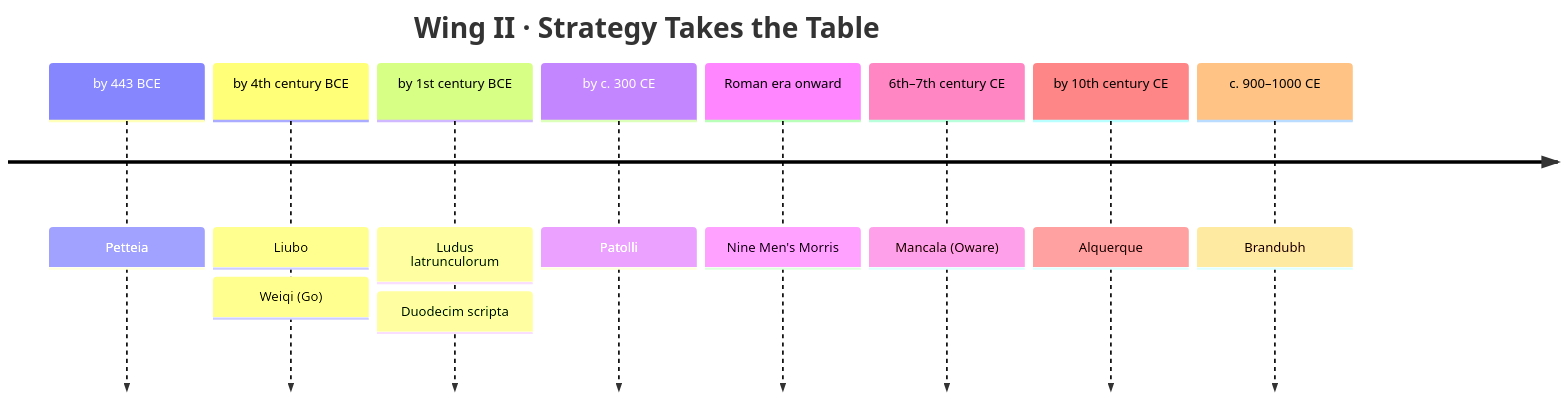
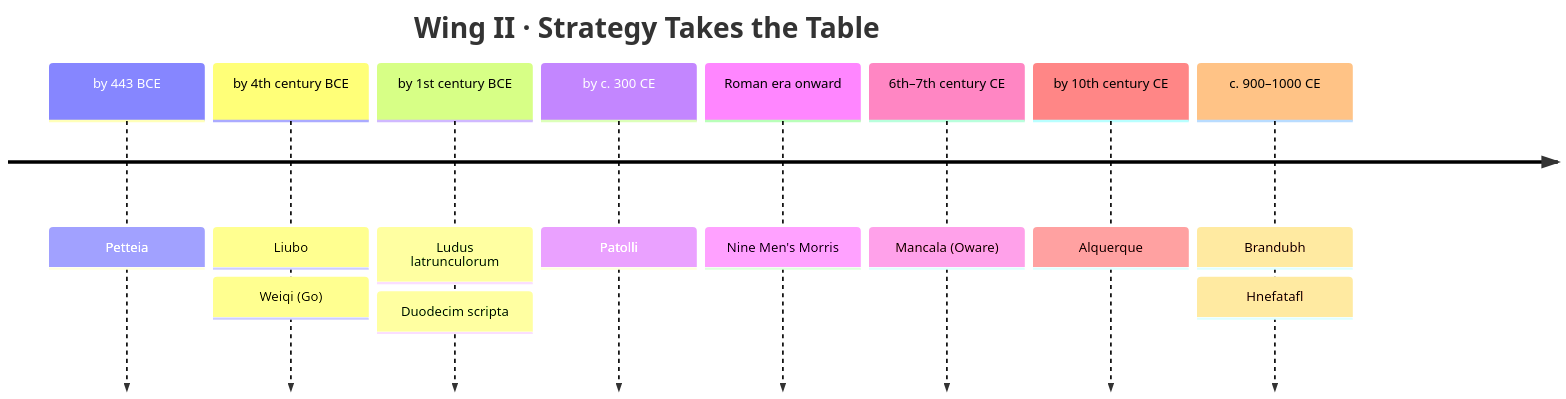
Before and after one commit to CptNope/Librarium-Archives: the fourth of 8 diagrams in docs/exhibits.md, drawn with Mermaid. The commit also changed other lines of this file and 16 other files, not shown here.

````diff
--- a/docs/exhibits.md
+++ b/docs/exhibits.md
@@ -68,12 +68,12 @@
 ```mermaid
 timeline
     title Wing II · Strategy Takes the Table
     by 443 BCE : Petteia
     by 4th century BCE : Liubo : Weiqi (Go)
     by 1st century BCE : Ludus latrunculorum : Duodecim scripta
     by c. 300 CE : Patolli
     Roman era onward : Nine Men's Morris
     6th–7th century CE : Mancala (Oware)
     by 10th century CE : Alquerque
-    c. 900–1000 CE : Brandubh
+    c. 900–1000 CE : Brandubh : Hnefatafl
 ```
````
